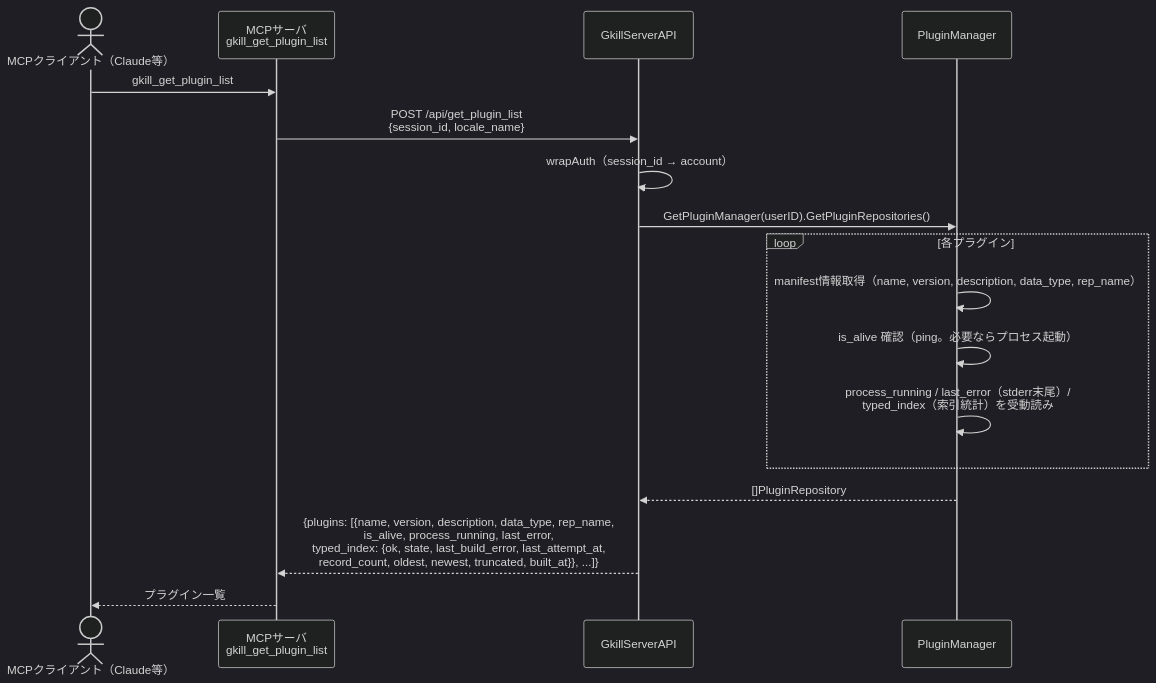
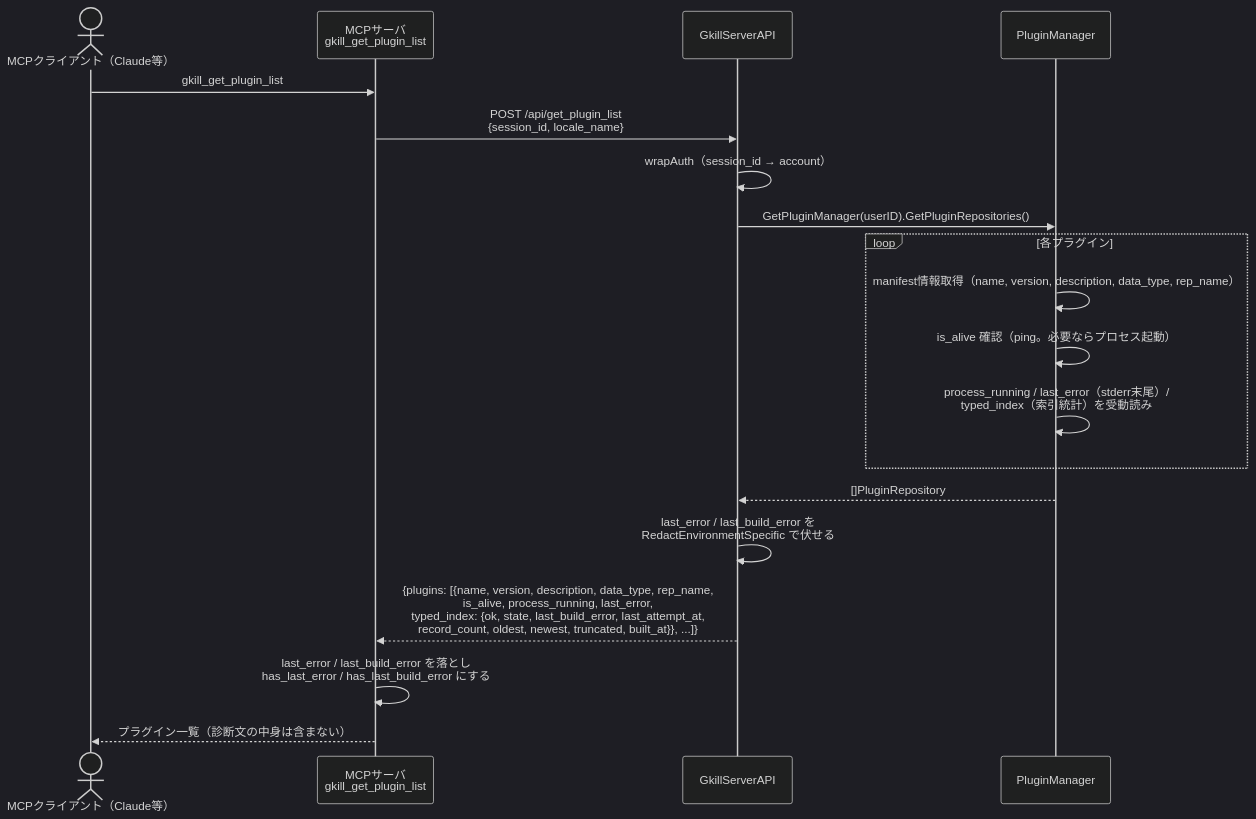
Diagram 20 of 29 in documents/reverse/sequence-diagrams.md (mt3hr/gkill), drawn with Mermaid (dark theme) before and after one commit. The commit also changed other lines of this file and 99 other files, not shown here.

````diff
--- a/documents/reverse/sequence-diagrams.md
+++ b/documents/reverse/sequence-diagrams.md
@@ -720,20 +720,22 @@
 ```mermaid
 sequenceDiagram
     actor Client as MCPクライアント（Claude等）
     participant MCP as MCPサーバ<br>gkill_get_plugin_list
     participant API as GkillServerAPI
     participant PluginMgr as PluginManager
 
     Client->>MCP: gkill_get_plugin_list
     MCP->>API: POST /api/get_plugin_list<br>{session_id, locale_name}
     API->>API: wrapAuth（session_id → account）
     API->>PluginMgr: GetPluginManager(userID).GetPluginRepositories()
     loop 各プラグイン
         PluginMgr->>PluginMgr: manifest情報取得（name, version, description, data_type, rep_name）
         PluginMgr->>PluginMgr: is_alive 確認（ping。必要ならプロセス起動）
         PluginMgr->>PluginMgr: process_running / last_error（stderr末尾）/<br>typed_index（索引統計）を受動読み
     end
     PluginMgr-->>API: []PluginRepository
+    API->>API: last_error / last_build_error を<br>RedactEnvironmentSpecific で伏せる
     API-->>MCP: {plugins: [{name, version, description, data_type, rep_name,<br>is_alive, process_running, last_error,<br>typed_index: {ok, state, last_build_error, last_attempt_at,<br>record_count, oldest, newest, truncated, built_at}}, ...]}
-    MCP-->>Client: プラグイン一覧
+    MCP->>MCP: last_error / last_build_error を落とし<br>has_last_error / has_last_build_error にする
+    MCP-->>Client: プラグイン一覧（診断文の中身は含まない）
 ```
````
